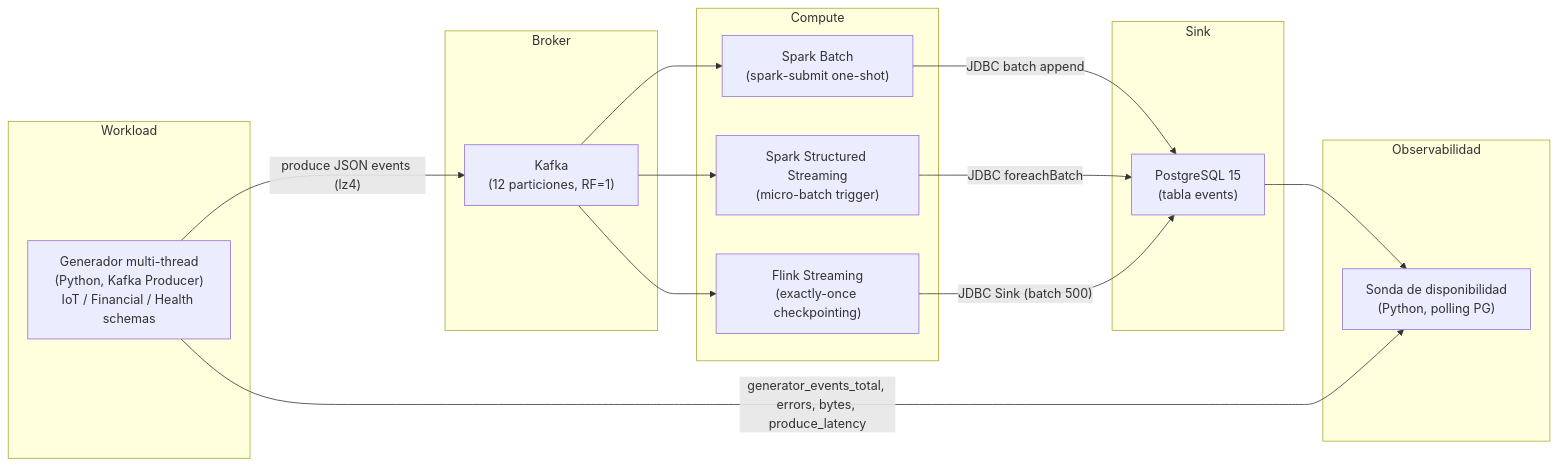
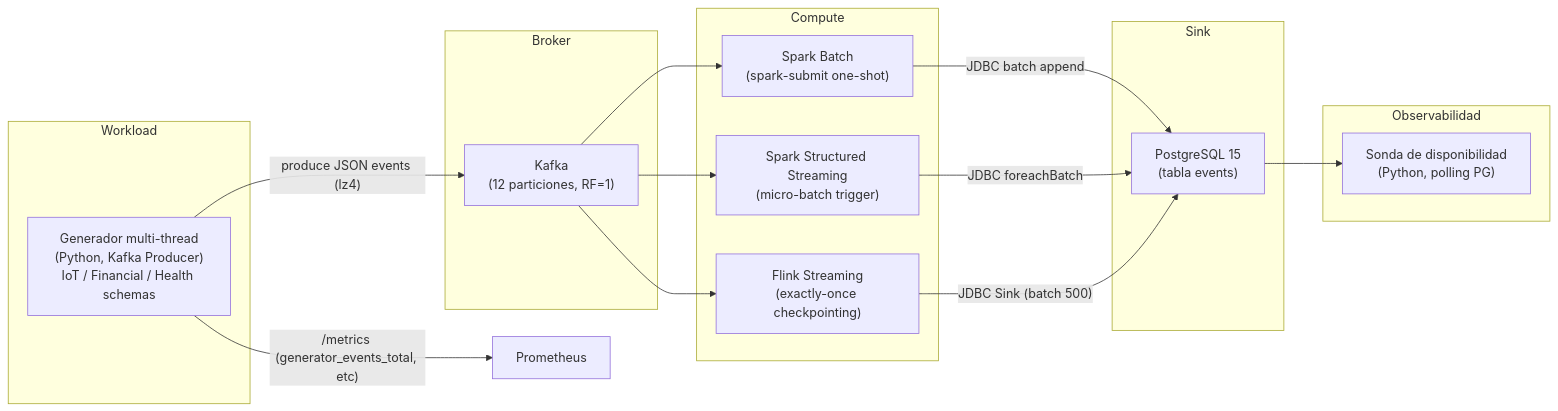
Before and after one commit to JohanCifuentes03/data-ingestion-strategies: the first of 5 diagrams in docs/architecture.md, drawn with Mermaid. The commit also changed other lines of this file and 1 other file, not shown here.

Commit message:
docs: fix mermaid diagrams syntax and remove grafana references

````diff
--- a/docs/architecture.md
+++ b/docs/architecture.md
@@ -22,37 +22,36 @@
 ```mermaid
 flowchart LR
     subgraph Workload
         GEN["Generador multi-thread<br/>(Python, Kafka Producer)<br/>IoT / Financial / Health schemas"]
     end
 
     subgraph Broker
         K["Kafka<br/>(12 particiones, RF=1)"]
     end
 
     subgraph Compute
         SB["Spark Batch<br/>(spark-submit one-shot)"]
         SM["Spark Structured Streaming<br/>(micro-batch trigger)"]
         FL["Flink Streaming<br/>(exactly-once checkpointing)"]
     end
 
     subgraph Sink
         PG["PostgreSQL 15<br/>(tabla events)"]
     end
 
     subgraph Observabilidad
         PROBE["Sonda de disponibilidad<br/>(Python, polling PG)"]
-        PROBE["Sonda de disponibilidad<br/>(Python, polling PG)"]
     end
 
     GEN -->|"produce JSON events (lz4)"| K
     K --> SB
     K --> SM
     K --> FL
 
     SB -->|"JDBC batch append"| PG
     SM -->|"JDBC foreachBatch"| PG
     FL -->|"JDBC Sink (batch 500)"| PG
 
     PG --> PROBE
-    GEN -->|"generator_events_total, errors, bytes, produce_latency"| PROBE
+    GEN -->|"/metrics (generator_events_total, etc)"| PROM["Prometheus"]
 ```
````
